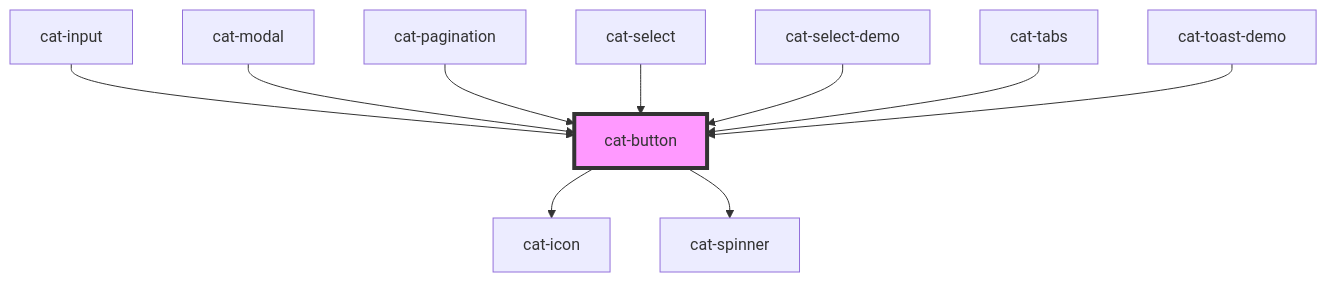
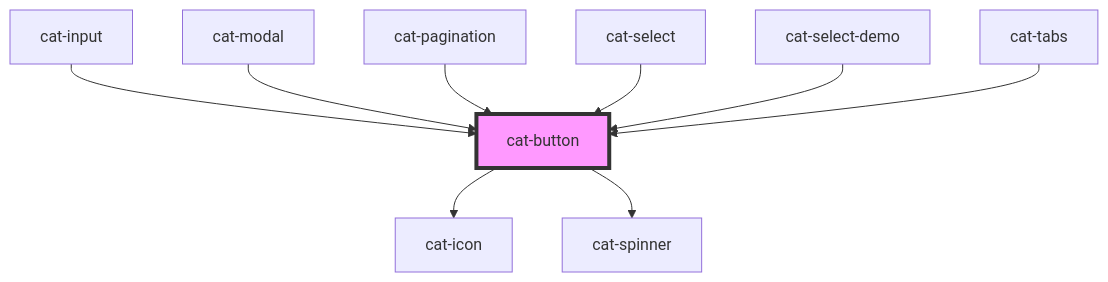
One commit to haiilo/catalyst changed the diagram in core/src/components/cat-button/readme.md. Above: the diagram before and after it, drawn with Mermaid. The commit also changed other lines of this file and 25 other files, not shown here.

````diff
--- a/core/src/components/cat-button/readme.md
+++ b/core/src/components/cat-button/readme.md
@@ -81,13 +80,12 @@
 ```mermaid
 graph TD;
   cat-button --> cat-icon
   cat-button --> cat-spinner
   cat-input --> cat-button
   cat-modal --> cat-button
   cat-pagination --> cat-button
   cat-select --> cat-button
   cat-select-demo --> cat-button
   cat-tabs --> cat-button
-  cat-toast-demo --> cat-button
   style cat-button fill:#f9f,stroke:#333,stroke-width:4px
 ```
````
